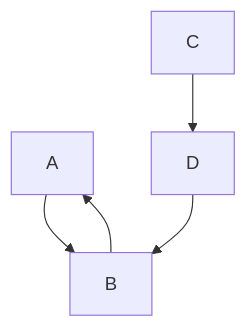
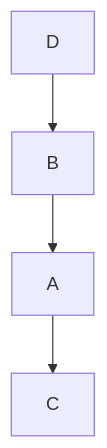
Before and after one commit to facumruiz/Plantilla_DigitalesPIC18: the diagram in README.md, drawn with Mermaid.

````diff
--- a/README.md
+++ b/README.md
@@ -57,7 +57,7 @@
 ```mermaid
 graph TD;
-    A-->B;
-    C-->D;
+    A-->C;
     D-->B;
     B-->A;
+    
 ```
````
